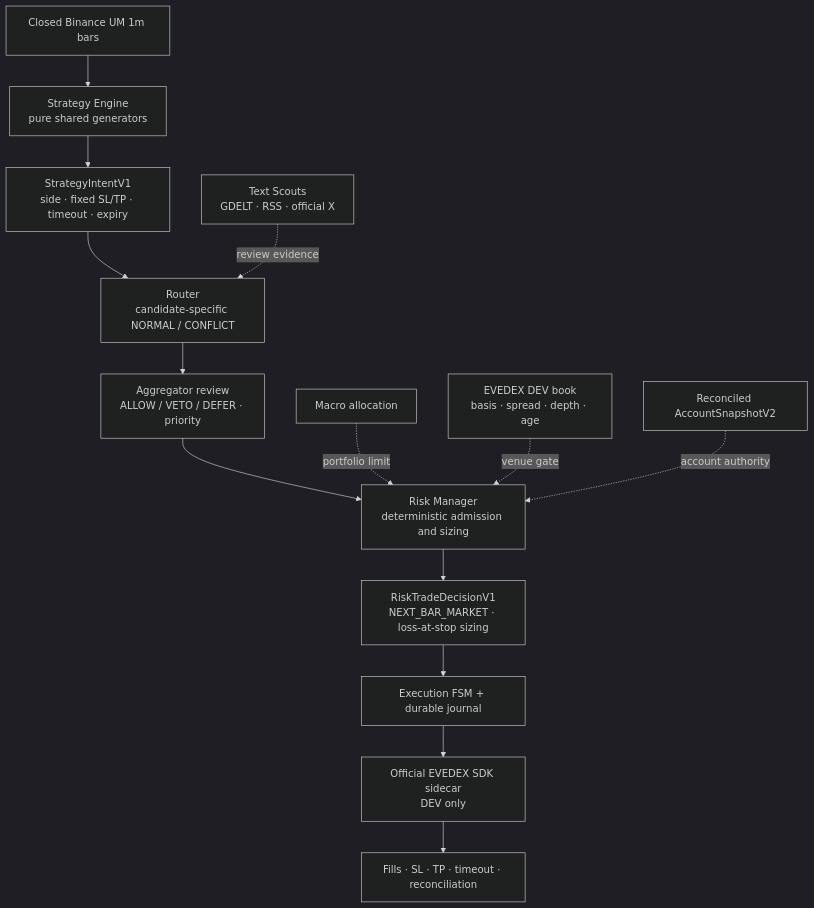
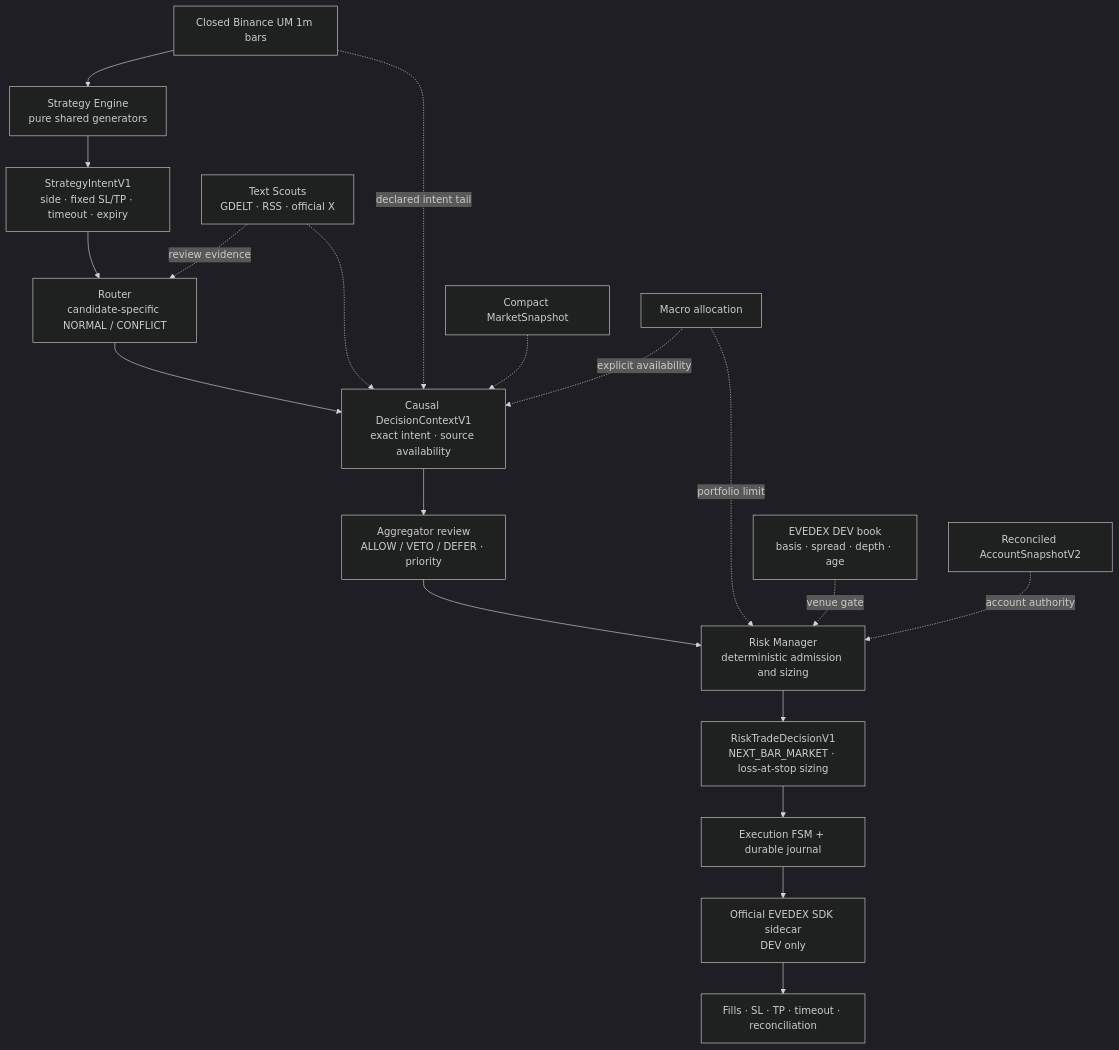
Before and after one commit to Kairos-cryptoAI/kairos: the diagram in README.md, drawn with Mermaid (dark theme). The commit also changed other lines of this file and 7 other files, not shown here.

````diff
--- a/README.md
+++ b/README.md
@@ -11,17 +16,22 @@
 ```mermaid
 flowchart TB
     B["Closed Binance UM 1m bars"] --> S["Strategy Engine<br/>pure shared generators"]
     S --> I["StrategyIntentV1<br/>side · fixed SL/TP · timeout · expiry"]
     I --> R["Router<br/>candidate-specific NORMAL / CONFLICT"]
-    R --> A["Aggregator review<br/>ALLOW / VETO / DEFER · priority"]
+    R --> Q["Causal DecisionContextV1<br/>exact intent · source availability"]
+    Q --> A["Aggregator review<br/>ALLOW / VETO / DEFER · priority"]
     A --> K["Risk Manager<br/>deterministic admission and sizing"]
     K --> D["RiskTradeDecisionV1<br/>NEXT_BAR_MARKET · loss-at-stop sizing"]
     D --> E["Execution FSM + durable journal"]
     E --> G["Official EVEDEX SDK sidecar<br/>DEV only"]
     G --> O["Fills · SL · TP · timeout · reconciliation"]
 
     T["Text Scouts<br/>GDELT · RSS · official X"] -. "review evidence" .-> R
+    T -.-> Q
+    B -. "declared intent tail" .-> Q
+    P["Compact MarketSnapshot"] -.-> Q
     M["Macro allocation"] -. "portfolio limit" .-> K
+    M -. "explicit availability" .-> Q
     V["EVEDEX DEV book<br/>basis · spread · depth · age"] -. "venue gate" .-> K
     C["Reconciled AccountSnapshotV2"] -. "account authority" .-> K
 ```
````
